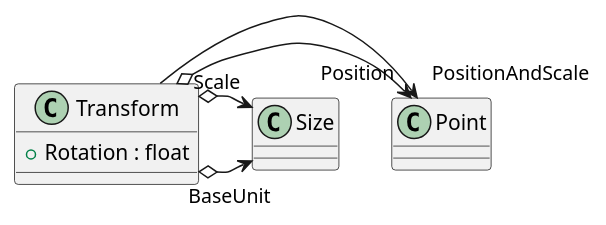
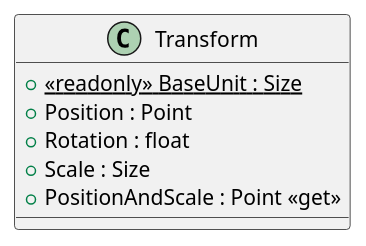
Before and after one commit to Reroll-inc/sweeper-rpg: the diagram in uml/EngineGDI/Src/Transform.puml, drawn with PlantUML. The commit also changed 63 other files, not shown here.

```diff
--- a/uml/EngineGDI/Src/Transform.puml
+++ b/uml/EngineGDI/Src/Transform.puml
@@ -1,9 +1,7 @@
-@startuml
 class Transform {
+    + {static} <<readonly>> BaseUnit : Size
+    + Position : Point
     + Rotation : float
+    + Scale : Size
+    + PositionAndScale : Point <<get>>
 }
-Transform o-> "Position" Point
-Transform o-> "BaseUnit" Size
-Transform o-> "Scale" Size
-Transform --> "PositionAndScale" Point
-@enduml
```
